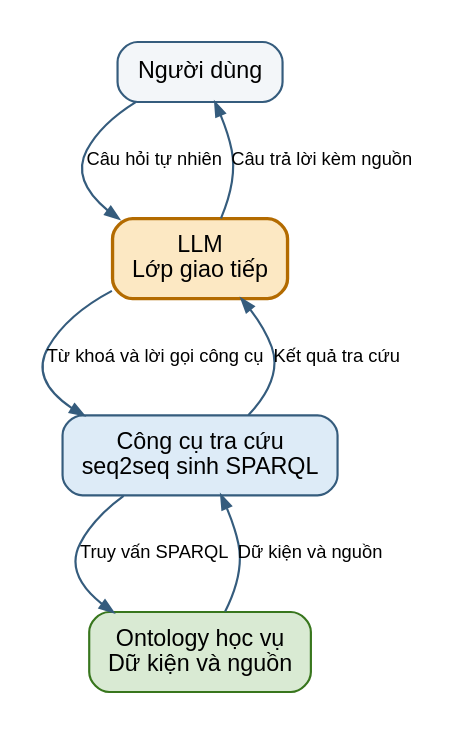
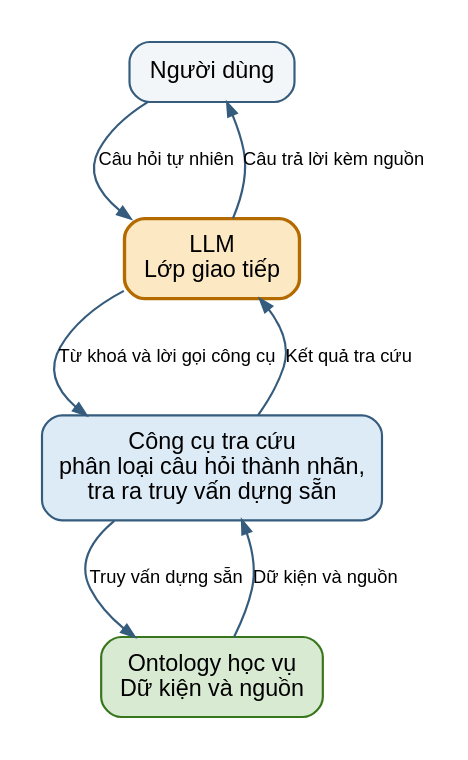
One commit to vpthinh19/ontology-chatbot changed the diagram in artifacts/figures/architecture.dot. Above: the diagram before and after it, drawn with Graphviz. The commit also changed 152 other files, not shown here.

```diff
--- a/artifacts/figures/architecture.dot
+++ b/artifacts/figures/architecture.dot
@@ -1,50 +1,50 @@
 digraph kien_truc {
   graph [
     rankdir=TB,
     bgcolor="white",
     pad="0.25",
     nodesep="0.55",
     ranksep="0.8",
     fontname="Liberation Sans"
   ];
   node [
     shape=box,
     style="rounded,filled",
     fontname="Liberation Sans",
     fontsize=14,
     margin="0.18,0.12",
     color="#355C7D",
     penwidth=1.3
   ];
   edge [
     fontname="Liberation Sans",
     fontsize=11,
     color="#355C7D",
     penwidth=1.3,
     arrowsize=0.8
   ];
 
   nguoi_dung [label="Người dùng", fillcolor="#F3F6F9"];
   llm [
     label="LLM\nLớp giao tiếp",
     fillcolor="#FCE8C3",
     color="#B36B00",
     penwidth=2
   ];
   tool [
-    label="Công cụ tra cứu\nseq2seq sinh SPARQL",
+    label="Công cụ tra cứu\nphân loại câu hỏi thành nhãn,\ntra ra truy vấn dựng sẵn",
     fillcolor="#DDEBF7"
   ];
   ontology [
     label="Ontology học vụ\nDữ kiện và nguồn",
     fillcolor="#D9EAD3",
     color="#38761D"
   ];
 
   nguoi_dung -> llm [label="Câu hỏi tự nhiên"];
   llm -> tool [label="Từ khoá và lời gọi công cụ"];
-  tool -> ontology [label="Truy vấn SPARQL"];
+  tool -> ontology [label="Truy vấn dựng sẵn"];
   ontology -> tool [label="Dữ kiện và nguồn"];
   tool -> llm [label="Kết quả tra cứu"];
   llm -> nguoi_dung [label="Câu trả lời kèm nguồn"];
 }
```
